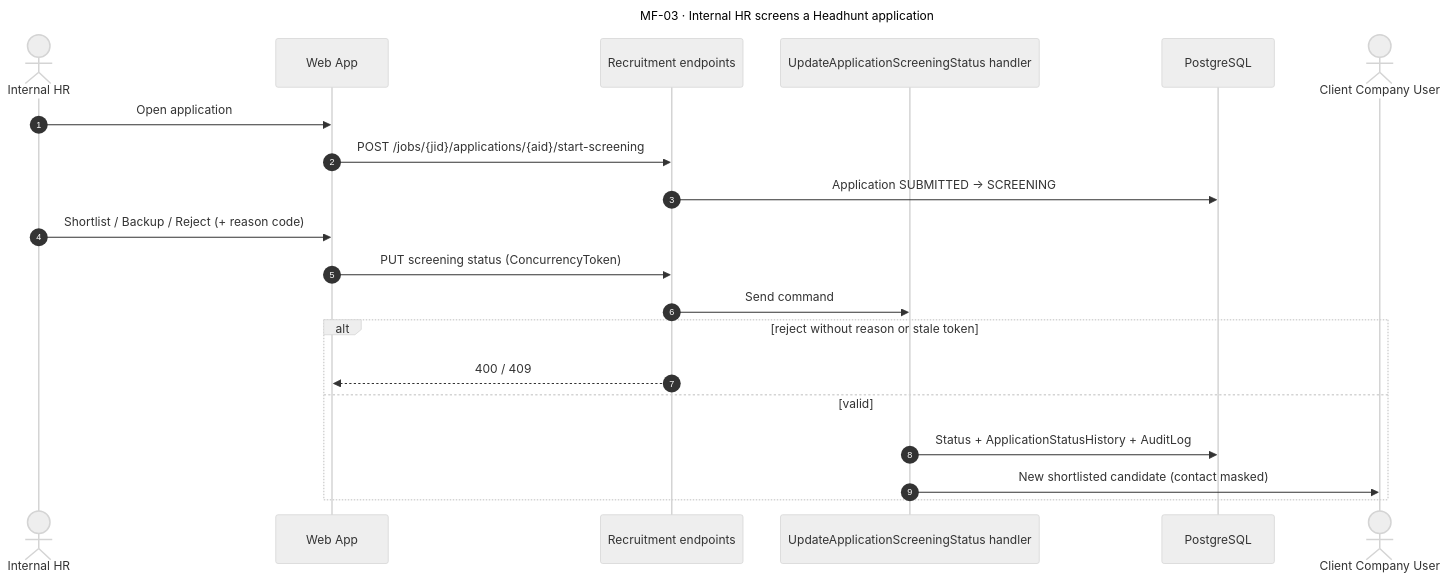
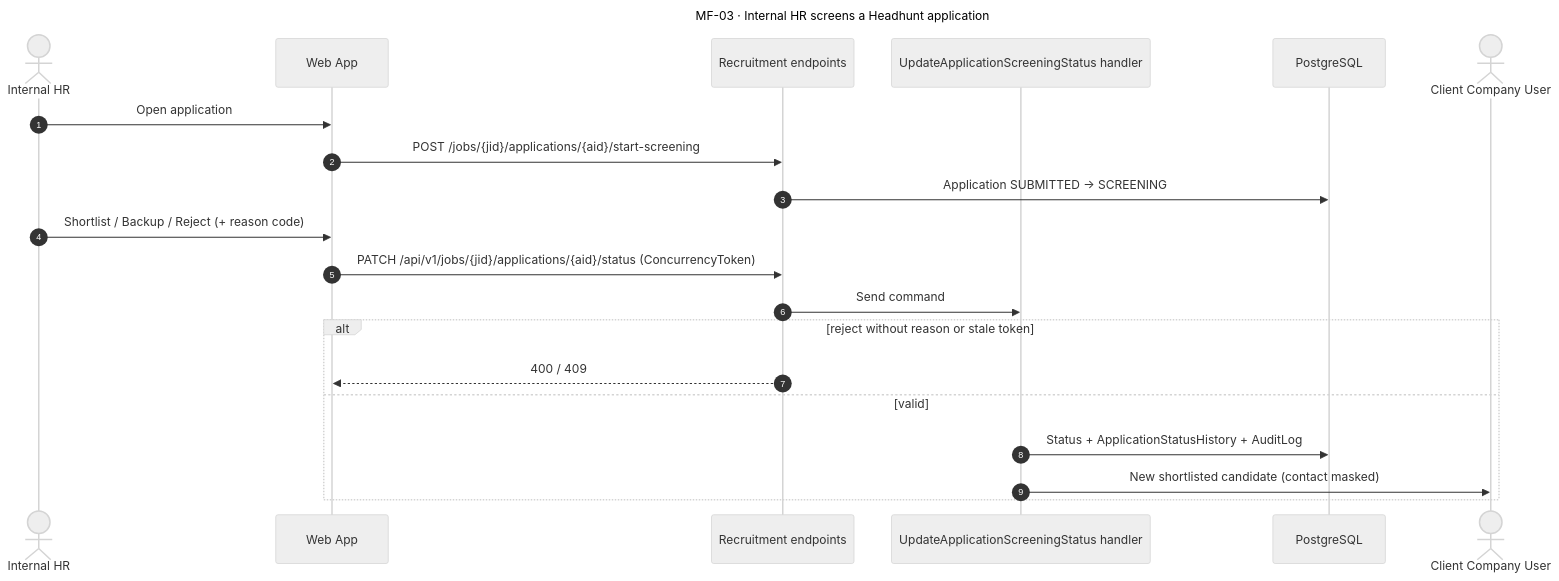
Before and after one commit to hoangqui794/hr-connect: the diagram in docs/diagrams/sequences/source/seq-mf03-hr-screening.mmd, drawn with Mermaid (neutral theme). The commit also changed 34 other files, not shown here.

Commit message:
docs(diagrams): add candidate self-apply sequence and fix endpoint paths in MF-01..MF-04 sequences

```diff
--- a/docs/diagrams/sequences/source/seq-mf03-hr-screening.mmd
+++ b/docs/diagrams/sequences/source/seq-mf03-hr-screening.mmd
@@ -1,23 +1,23 @@
 ---
 title: MF-03 · Internal HR screens a Headhunt application
 ---
 sequenceDiagram
   autonumber
   actor HR as Internal HR
   participant FE as Web App
   participant API as Recruitment endpoints
   participant H as UpdateApplicationScreeningStatus handler
   participant DB as PostgreSQL
   actor CL as Client Company User
   HR->>FE: Open application
   FE->>API: POST /jobs/{jid}/applications/{aid}/start-screening
   API->>DB: Application SUBMITTED → SCREENING
   HR->>FE: Shortlist / Backup / Reject (+ reason code)
-  FE->>API: PUT screening status (ConcurrencyToken)
+  FE->>API: PATCH /api/v1/jobs/{jid}/applications/{aid}/status (ConcurrencyToken)
   API->>H: Send command
   alt reject without reason or stale token
   API-->>FE: 400 / 409
   else valid
   H->>DB: Status + ApplicationStatusHistory + AuditLog
   H->>CL: New shortlisted candidate (contact masked)
   end
```
